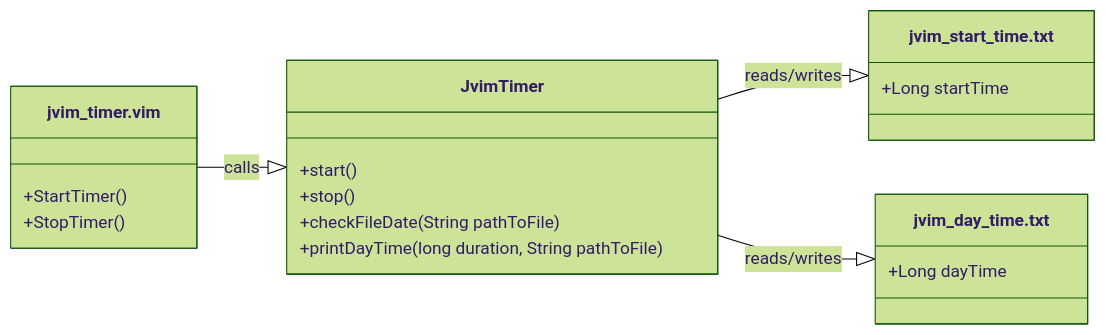
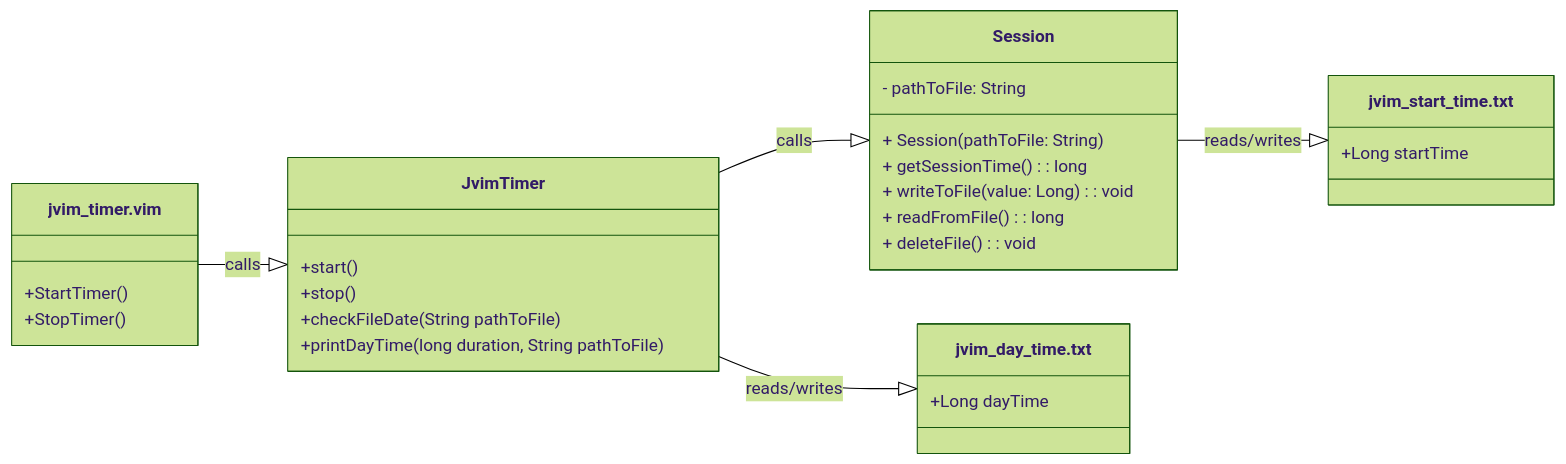
One commit to AlexandrAnatoliev/jvim-plugins changed the first of 2 diagrams in jvim-timer/README.md. Above: the diagram before and after it, drawn with Mermaid (forest theme). The commit also changed other lines of this file and 1 other file, not shown here.

First line of the commit message:
docs(jvim-timer): update README

````diff
--- a/jvim-timer/README.md
+++ b/jvim-timer/README.md
@@ -86,28 +87,38 @@
 ```mermaid
 classDiagram
   direction LR
   
   class jvim_timer.vim {
     +StartTimer()
     +StopTimer()
   }
 
   class JvimTimer {
     +start()
     +stop()
     +checkFileDate(String pathToFile)
     +printDayTime(long duration, String pathToFile)
   }
 
+  class Session {
+    - pathToFile: String
+    + Session(pathToFile: String)
+    + getSessionTime(): long
+    + writeToFile(value: Long): void
+    + readFromFile(): long
+    + deleteFile(): void
+  }
+
   class jvim_start_time.txt {
     +Long startTime
   }
 
   class jvim_day_time.txt {
     +Long dayTime
   }
 
   jvim_timer.vim --|> JvimTimer : calls
-  JvimTimer --|> jvim_start_time.txt : reads/writes
+  JvimTimer --|> Session : calls
+  Session --|> jvim_start_time.txt : reads/writes
   JvimTimer --|> jvim_day_time.txt : reads/writes
 ```
````
